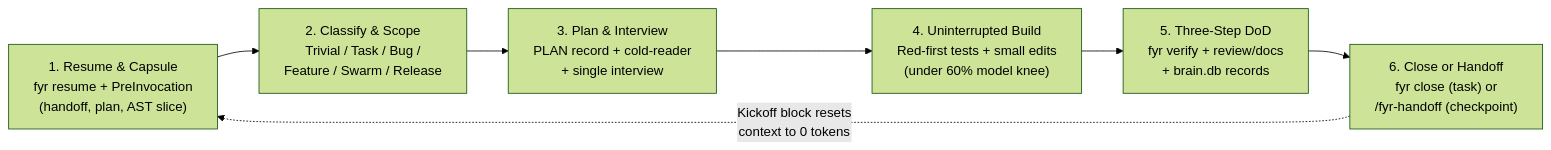
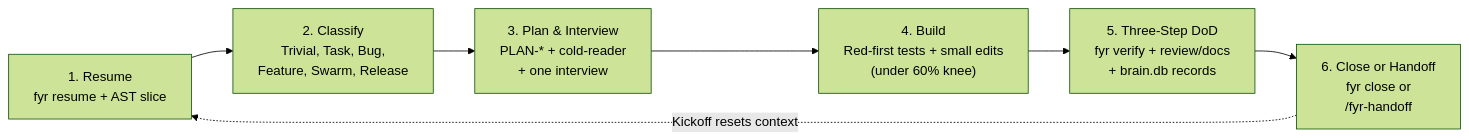
One commit to kesokaj/fyr changed the first of 5 diagrams in Workflow.md. Above: the diagram before and after it, drawn with Mermaid (forest theme). The commit also changed other lines of this file and 1 other file, not shown here.

````diff
--- a/Workflow.md
+++ b/Workflow.md
@@ -9,9 +9,9 @@
 ```mermaid
 flowchart LR
-    resume["1. Resume & Capsule\nfyr resume + PreInvocation\n(handoff, plan, AST slice)"] --> classify["2. Classify & Scope\nTrivial / Task / Bug /\nFeature / Swarm / Release"]
-    classify --> planGate["3. Plan & Interview\nPLAN record + cold-reader\n+ single interview"]
-    planGate --> buildLoop["4. Uninterrupted Build\nRed-first tests + small edits\n(under 60% model knee)"]
+    resume["1. Resume\nfyr resume + AST slice"] --> classify["2. Classify\nTrivial, Task, Bug,\nFeature, Swarm, Release"]
+    classify --> planGate["3. Plan & Interview\nPLAN-* + cold-reader\n+ one interview"]
+    planGate --> buildLoop["4. Build\nRed-first tests + small edits\n(under 60% knee)"]
     buildLoop --> dodGate["5. Three-Step DoD\nfyr verify + review/docs\n+ brain.db records"]
-    dodGate --> nextSess["6. Close or Handoff\nfyr close (task) or\n/fyr-handoff (checkpoint)"]
-    nextSess -. "Kickoff block resets\ncontext to 0 tokens" .-> resume
+    dodGate --> nextSess["6. Close or Handoff\nfyr close or\n/fyr-handoff"]
+    nextSess -. "Kickoff resets context" .-> resume
 ```
````
